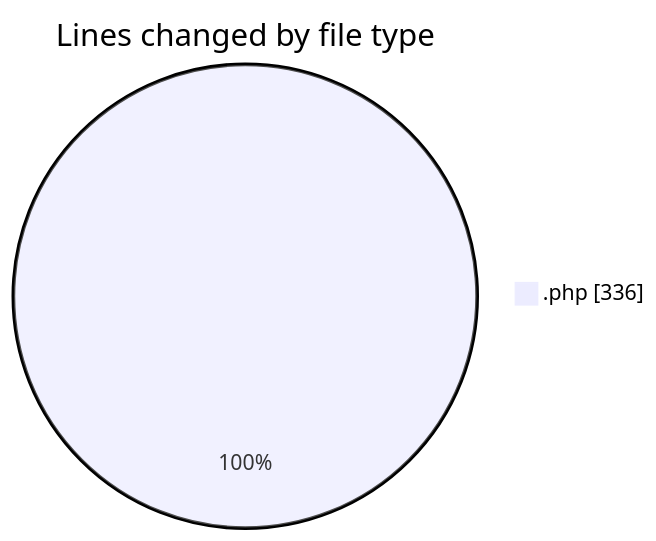
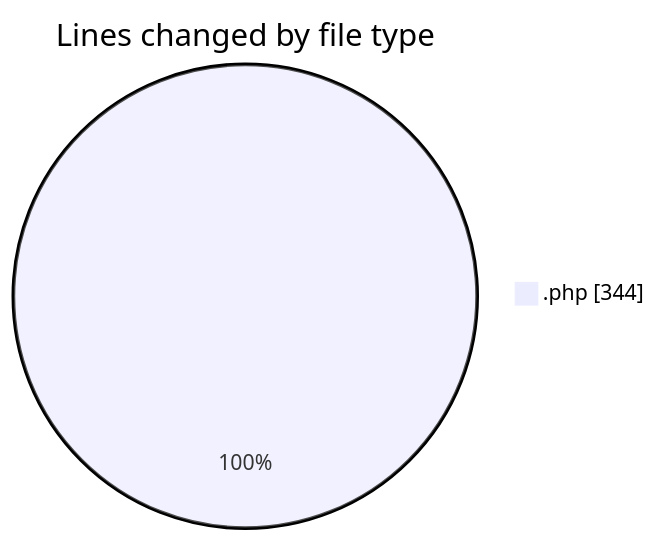
One commit to LanceThiago/code-tracking changed the first of 2 diagrams in 2025-03-26/kml/README.md. Above: the diagram before and after it, drawn with Mermaid. The commit also changed other lines of this file and 1 other file, not shown here.

````diff
--- a/2025-03-26/kml/README.md
+++ b/2025-03-26/kml/README.md
@@ -20,5 +20,5 @@
 ```mermaid
 pie showData
 title Lines changed by file type
-".php" : 336
+".php" : 344
 ```
````
